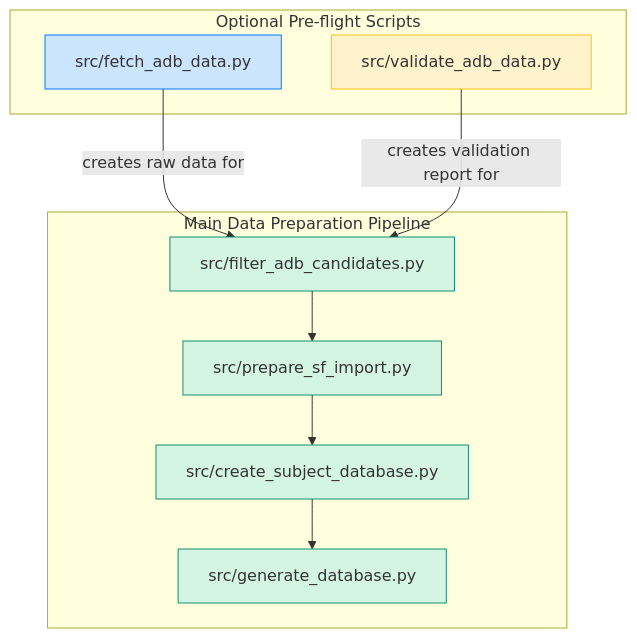
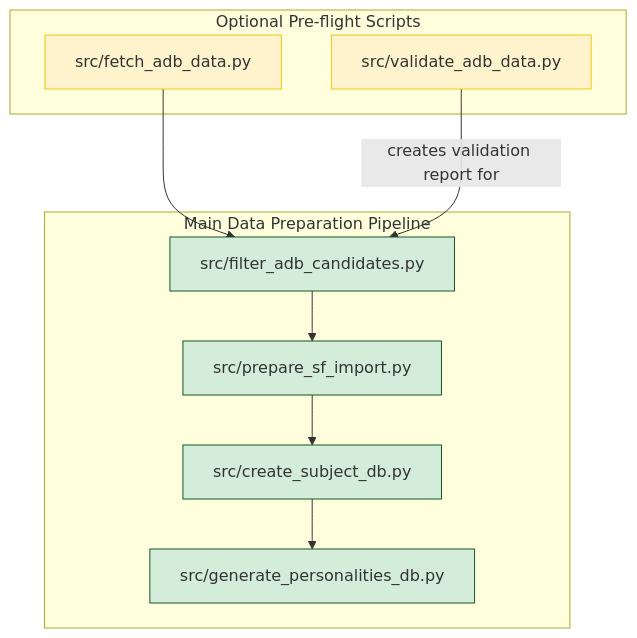
Before and after one commit to peterjmarko/llm-narrative-framework: the diagram in docs/diagrams/arch_prep_codebase.mmd, drawn with Mermaid. The commit also changed 17 other files, not shown here.

```diff
--- a/docs/diagrams/arch_prep_codebase.mmd
+++ b/docs/diagrams/arch_prep_codebase.mmd
@@ -1,25 +1,25 @@
 graph TD
+    subgraph "Main Data Preparation Pipeline"
+        A[src/filter_adb_candidates.py]
+        B[src/prepare_sf_import.py]
+        D[src/create_subject_db.py]
+        C[src/generate_personalities_db.py]
+    end
+
     subgraph "Optional Pre-flight Scripts"
         F_new[src/fetch_adb_data.py]
         V[src/validate_adb_data.py]
     end
-    
-    subgraph "Main Data Preparation Pipeline"
-        A[src/filter_adb_candidates.py]
-        B[src/prepare_sf_import.py]
-        D[src/create_subject_database.py]
-        C[src/generate_database.py]
-    end
 
-    F_new -- "creates raw data for" --> A
+    F_new --> A
     V -- "creates validation report for" --> A;
     A --> B;
     B --> D;
     D --> C;
 
-    style F_new fill:#cce5ff,stroke:#007bff
+    style A fill:#d4edda,stroke:#155724
+    style B fill:#d4edda,stroke:#155724
+    style D fill:#d4edda,stroke:#155724
+    style C fill:#d4edda,stroke:#155724
+    style F_new fill:#fff3cd,stroke:#f1c40f
     style V fill:#fff3cd,stroke:#f1c40f
-    style A fill:#D5F5E3,stroke:#138D75
-    style B fill:#D5F5E3,stroke:#138D75
-    style D fill:#D5F5E3,stroke:#138D75
-    style C fill:#D5F5E3,stroke:#138D75
```
